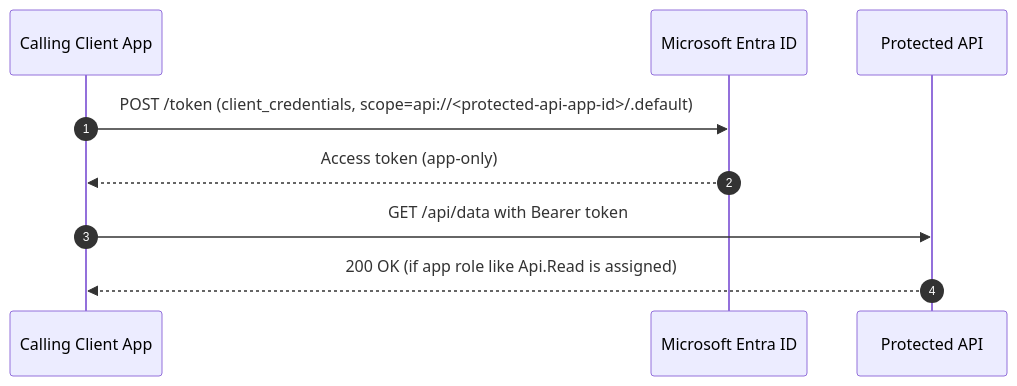
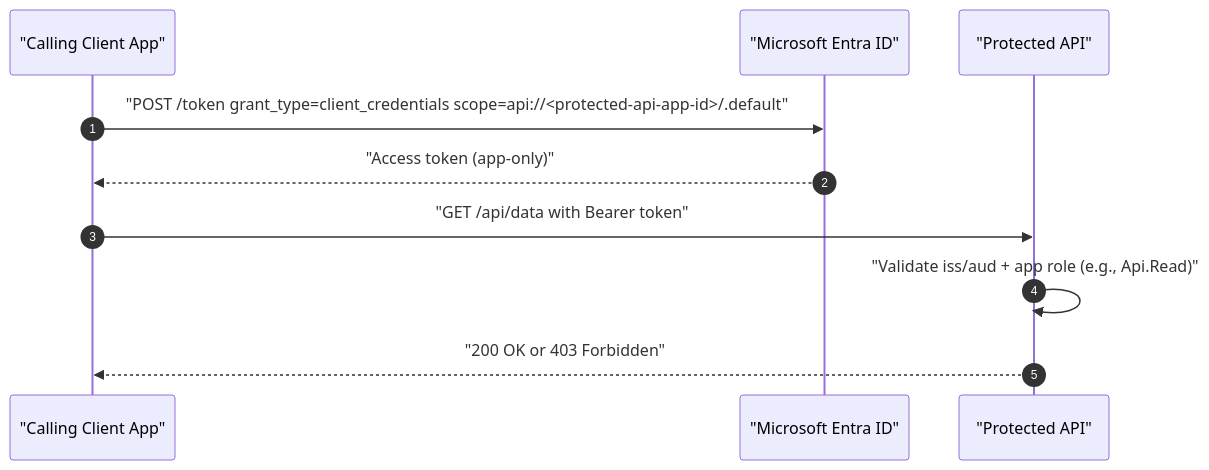
Before and after one commit to dwbasta/TokenTesterOuath: the first of 2 diagrams in README.md, drawn with Mermaid. The commit also changed other lines of this file and 4 other files, not shown here.

````diff
--- a/README.md
+++ b/README.md
@@ -376,12 +376,13 @@
 ```mermaid
 sequenceDiagram
     autonumber
-    participant Client as Calling Client App
-    participant Entra as Microsoft Entra ID
-    participant API as Protected API
+    participant App as "Calling Client App"
+    participant Entra as "Microsoft Entra ID"
+    participant API as "Protected API"
 
-    Client->>Entra: POST /token (client_credentials, scope=api://<protected-api-app-id>/.default)
-    Entra-->>Client: Access token (app-only)
-    Client->>API: GET /api/data with Bearer token
-    API-->>Client: 200 OK (if app role like Api.Read is assigned)
+    App->>Entra: "POST /token grant_type=client_credentials scope=api://<protected-api-app-id>/.default"
+    Entra-->>App: "Access token (app-only)"
+    App->>API: "GET /api/data with Bearer token"
+    API->>API: "Validate iss/aud + app role (e.g., Api.Read)"
+    API-->>App: "200 OK or 403 Forbidden"
 ```
````
